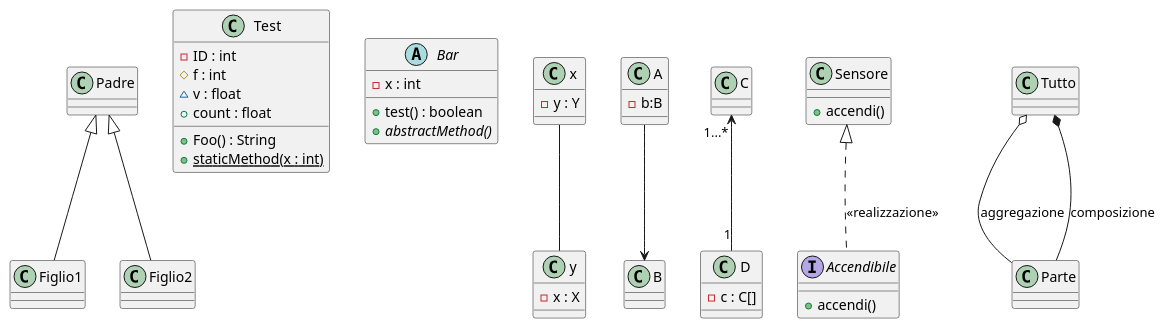
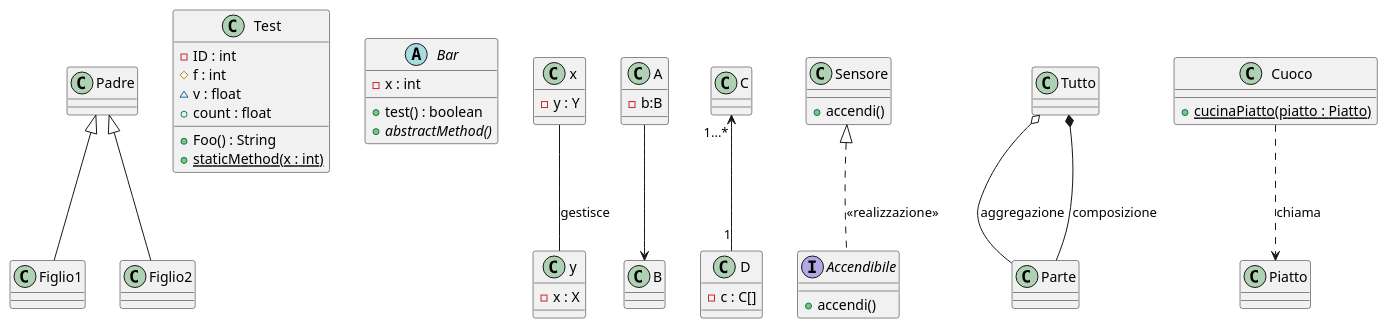
Before and after one commit to itsNikk/UMLExamples: the diagram in UMLExamples/src/quartaBI/Sportello12_12_23/RipSintassiCD.puml, drawn with PlantUML.

```diff
--- a/UMLExamples/src/quartaBI/Sportello12_12_23/RipSintassiCD.puml
+++ b/UMLExamples/src/quartaBI/Sportello12_12_23/RipSintassiCD.puml
@@ -1,81 +1,88 @@
 @startuml
 ' classe concreta
 class Test {
     - ID : int
     'protected
     # f : int
     ' visibilità package
     ~ v : float
     + count : float
     + Foo() : String
     + {static} staticMethod(x : int)
 }
 
 ' Classe astratta
 abstract class Bar {
     ' - = private
     - x : int
     ' + = public
     + test() : boolean
     + {abstract} abstractMethod()
 }
 
 class x {
 - y : Y
 }
 class y {
 - x : X
 }
 
 class A {
     - b:B
 }
 class B {}
 
 class C{}
 class D{
 - c : C[]
 }
 
 ' Associazioni / relazioni tra classi
 ' x chiama/usa/utilizza y
 ' y chiama/usa/utilizza x
-x -- y
+x -- y : gestisce
 ' A chiama/ecc B ma NON viceversa
 A --> B
 
 ' D chiama C e NON viceversa.
 ' D contiene PIU' RIFERIMENTI a C
 C "1...*" <-- "1" D
 ' 2...6
 ' 1...5, 9
 ' 0...*
 
 class Padre{}
 class Figlio1{}
 class Figlio2{}
 
 Figlio1 -up-|> Padre
 Figlio2 -up-|> Padre
 
 
 interface Accendibile{
     + accendi()
 }
 
 class Sensore {
     +accendi()
 }
 
 Sensore <|.. Accendibile : <<realizzazione>>
 
 class Parte{}
 class Tutto{}
 
 ' la parte PUO' esistere senza in TUTTO
 Tutto o-- Parte : aggregazione
 ' composizione = la parte NON esiste senza il TUTTO
 Tutto *-- Parte : composizione
 
+class Piatto{}
+
+class Cuoco {
++ {static} cucinaPiatto(piatto : Piatto)
+}
+
+Cuoco ..> Piatto : chiama
 
 @enduml
```
